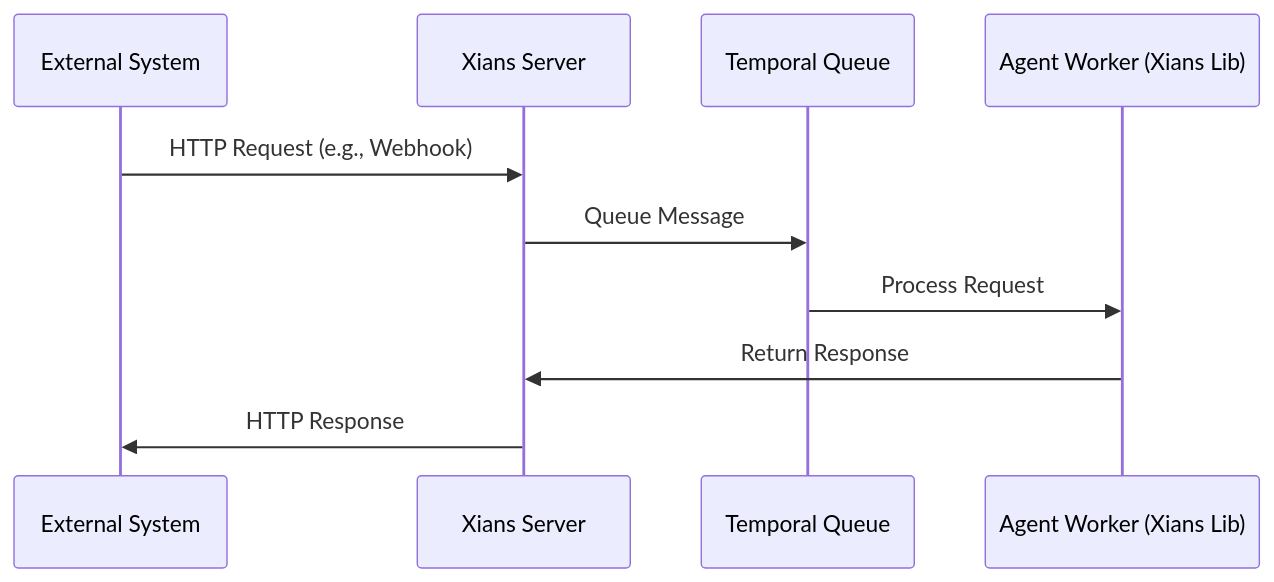
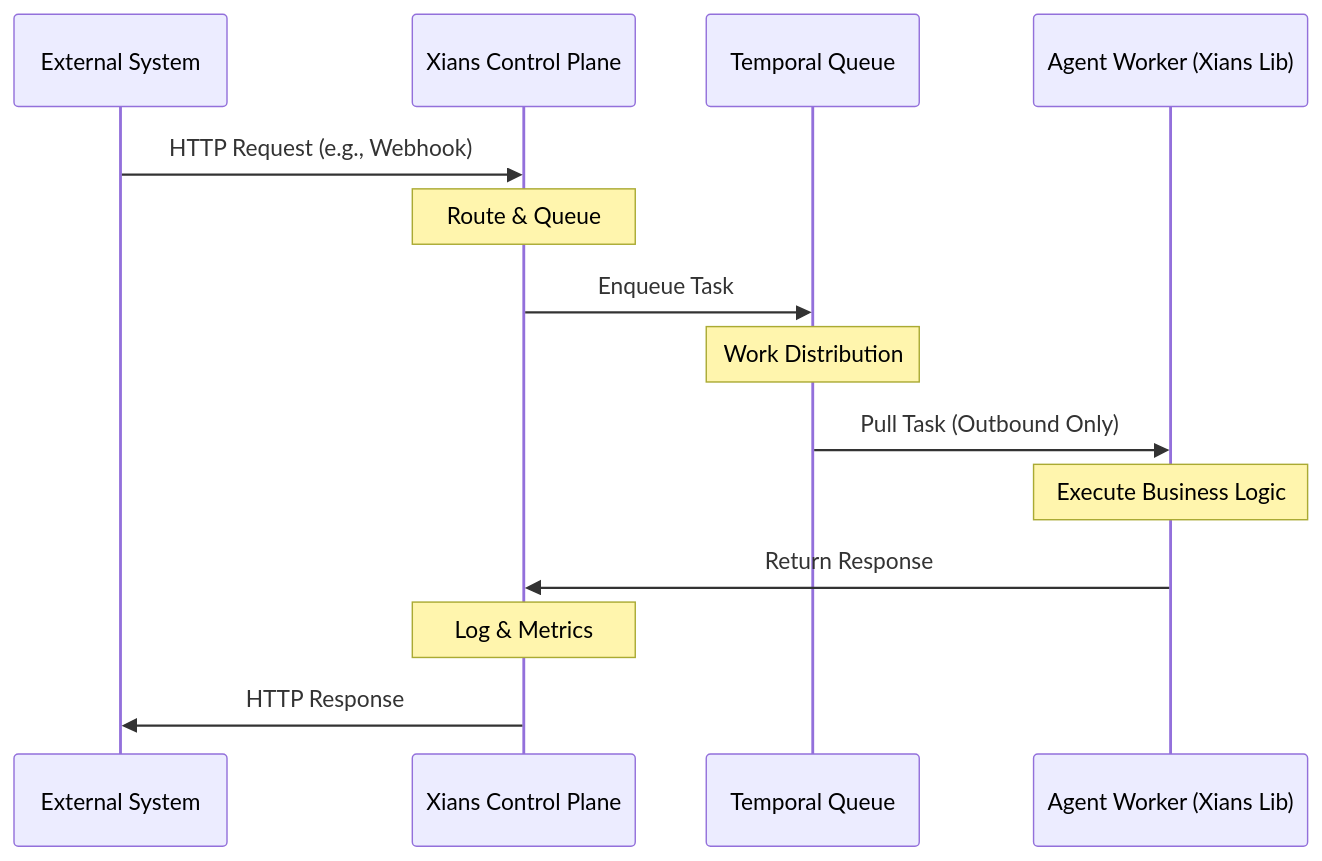
One commit to XiansAiPlatform/XiansAi.Docs changed the second of 2 diagrams in docs/introduction/where-does-it-fit.md. Above: the diagram before and after it, drawn with Mermaid. The commit also changed other lines of this file and 10 other files, not shown here.

````diff
--- a/docs/introduction/where-does-it-fit.md
+++ b/docs/introduction/where-does-it-fit.md
@@ -43,13 +123,17 @@
 ```mermaid
 sequenceDiagram
     participant External as External System
-    participant XServer as Xians Server
+    participant XServer as Xians Control Plane
     participant Queue as Temporal Queue
     participant Agent as Agent Worker (Xians Lib)
     
     External->>XServer: HTTP Request (e.g., Webhook)
-    XServer->>Queue: Queue Message
-    Queue->>Agent: Process Request
+    Note over XServer: Route & Queue
+    XServer->>Queue: Enqueue Task
+    Note over Queue: Work Distribution
+    Queue->>Agent: Pull Task (Outbound Only)
+    Note over Agent: Execute Business Logic
     Agent->>XServer: Return Response
+    Note over XServer: Log & Metrics
     XServer->>External: HTTP Response
 ```
````
